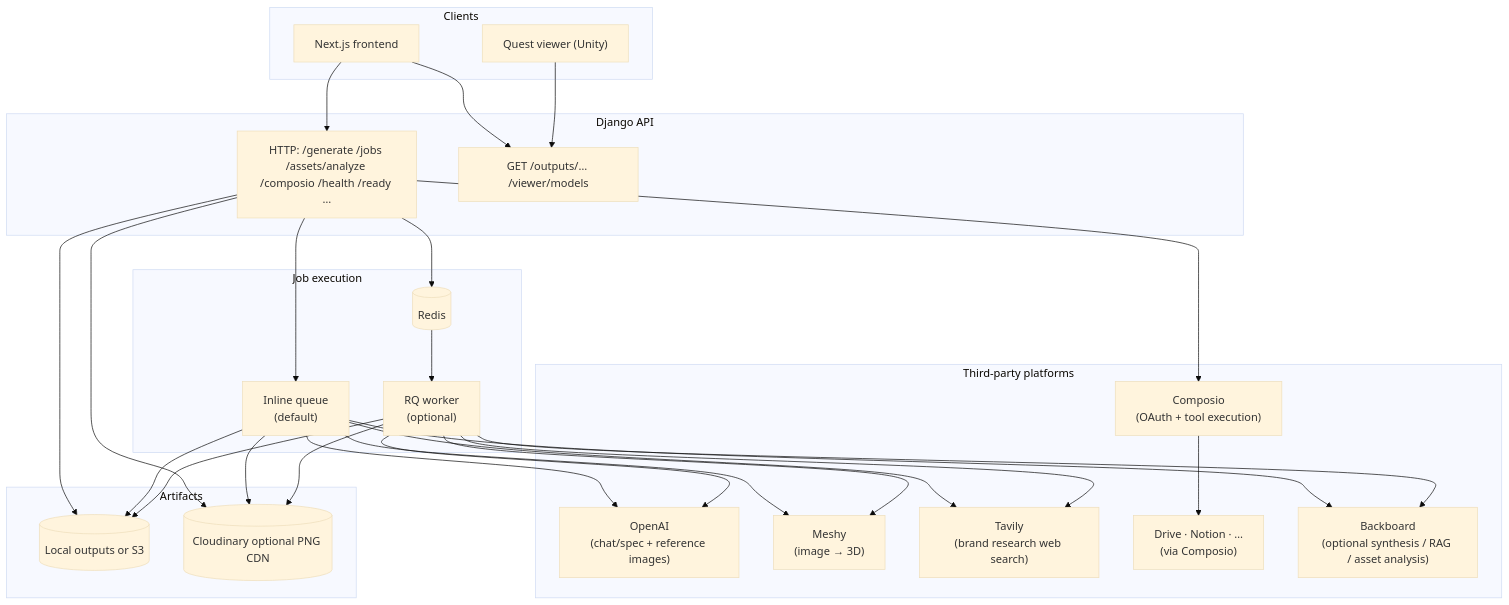
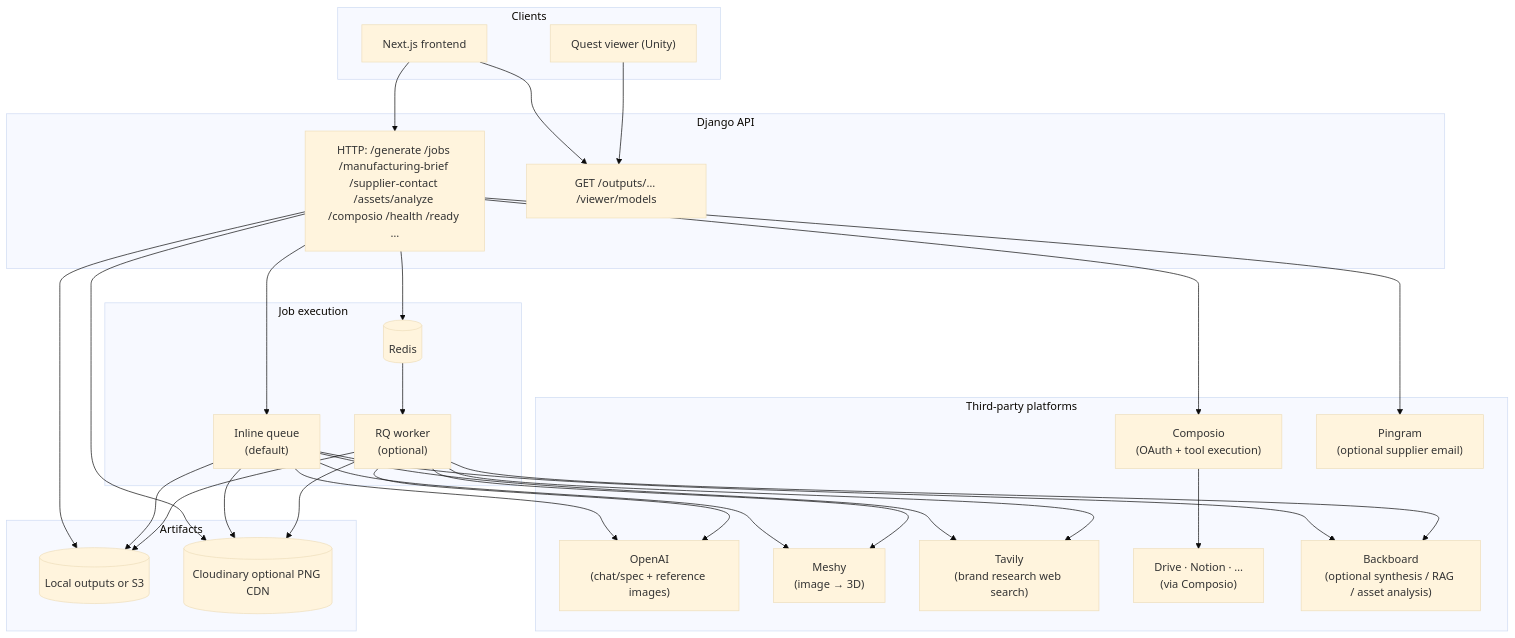
Before and after one commit to benz16107/Artifex: the diagram in README.md, drawn with Mermaid (base theme). The commit also changed other lines of this file and 19 other files, not shown here.

````diff
--- a/README.md
+++ b/README.md
@@ -5,59 +5,61 @@
 ```mermaid
 flowchart TB
   subgraph clients["Clients"]
     FE["Next.js frontend"]
     QV["Quest viewer (Unity)"]
   end
 
   subgraph django["Django API"]
-    EP["HTTP: /generate /jobs /assets/analyze /composio /health /ready …"]
+    EP["HTTP: /generate /jobs /manufacturing-brief /supplier-contact /assets/analyze /composio /health /ready …"]
     FILES["GET /outputs/… /viewer/models"]
   end
 
   subgraph exec["Job execution"]
     INLINE["Inline queue\n(default)"]
     REDIS[(Redis)]
     WORK["RQ worker\n(optional)"]
   end
 
   subgraph persist["Artifacts"]
     DISK[(Local outputs or S3)]
     CDN[(Cloudinary optional PNG CDN)]
   end
 
   subgraph third["Third-party platforms"]
     OAI["OpenAI\n(chat/spec + reference images)"]
     MESH["Meshy\n(image → 3D)"]
     TAV["Tavily\n(brand research web search)"]
     CMP["Composio\n(OAuth + tool execution)"]
     SAAS["Drive · Notion · …\n(via Composio)"]
     BB["Backboard\n(optional synthesis / RAG / asset analysis)"]
+    PG["Pingram\n(optional supplier email)"]
   end
 
   FE --> EP
   FE --> FILES
   QV --> FILES
 
   EP --> INLINE
   EP --> REDIS
   REDIS --> WORK
 
   EP --> CMP
   CMP --> SAAS
+  EP --> PG
 
   INLINE --> OAI
   INLINE --> TAV
   INLINE --> MESH
   INLINE --> BB
   WORK --> OAI
   WORK --> TAV
   WORK --> MESH
   WORK --> BB
 
   EP --> DISK
   INLINE --> DISK
   WORK --> DISK
   EP --> CDN
   INLINE --> CDN
   WORK --> CDN
 ```
````
